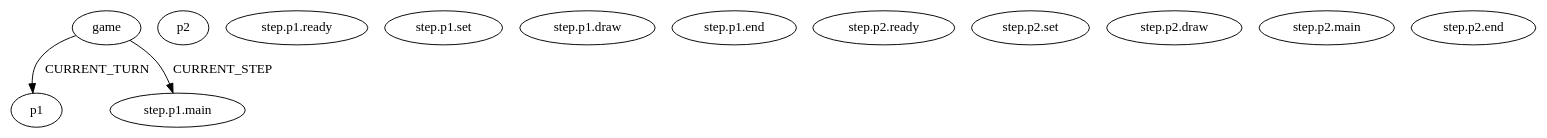
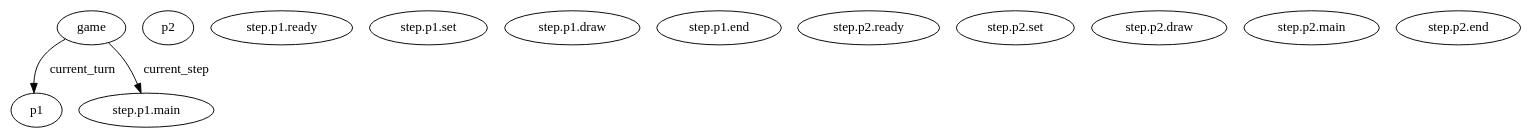
One commit to kpom-one/graph-trajectories changed the diagram in data/template.dot. Above: the diagram before and after it, drawn with Graphviz. The commit also changed 13 other files, not shown here.

First line of the commit message:
feat: implement trajectory graph to stack states along a path (#27) (#28)

```diff
--- a/data/template.dot
+++ b/data/template.dot
@@ -1,27 +1,27 @@
 digraph lorcana {
 
     // ---- Game State ----
     game [type="Game", turn="0"];
 
     // ---- Players ----
     p1 [type="Player", lore="0", ink_drops="1", ink_total="0", ink_available="0"];
     p2 [type="Player", lore="0", ink_drops="1", ink_total="0", ink_available="0"];
 
-    game -> p1 [label="CURRENT_TURN"];
+    game -> p1 [label="current_turn"];
 
     // ---- Turn Steps ----
     "step.p1.ready" [type="Step", player="p1", step="ready"];
     "step.p1.set"   [type="Step", player="p1", step="set"];
     "step.p1.draw"  [type="Step", player="p1", step="draw"];
     "step.p1.main"  [type="Step", player="p1", step="main"];
     "step.p1.end"   [type="Step", player="p1", step="end"];
 
     "step.p2.ready" [type="Step", player="p2", step="ready"];
     "step.p2.set"   [type="Step", player="p2", step="set"];
     "step.p2.draw"  [type="Step", player="p2", step="draw"];
     "step.p2.main"  [type="Step", player="p2", step="main"];
     "step.p2.end"   [type="Step", player="p2", step="end"];
 
-    game -> "step.p1.main" [label="CURRENT_STEP"];
+    game -> "step.p1.main" [label="current_step"];
 
 }
```
